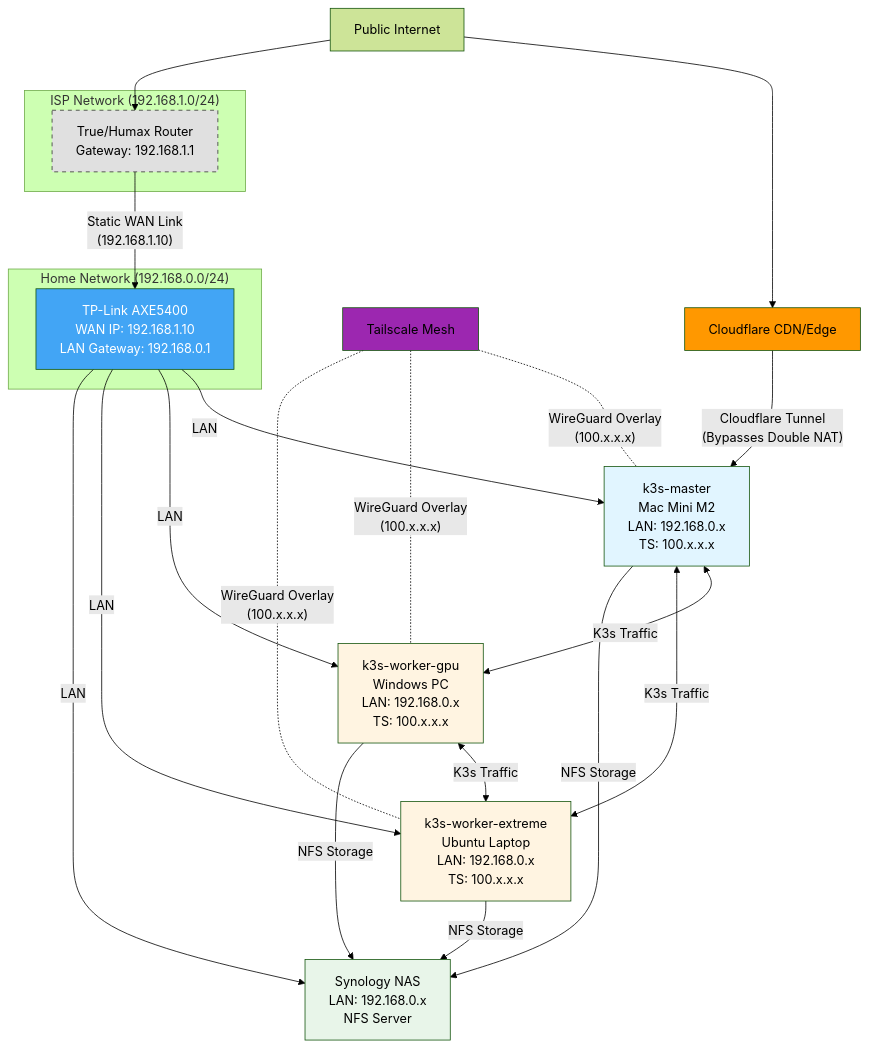
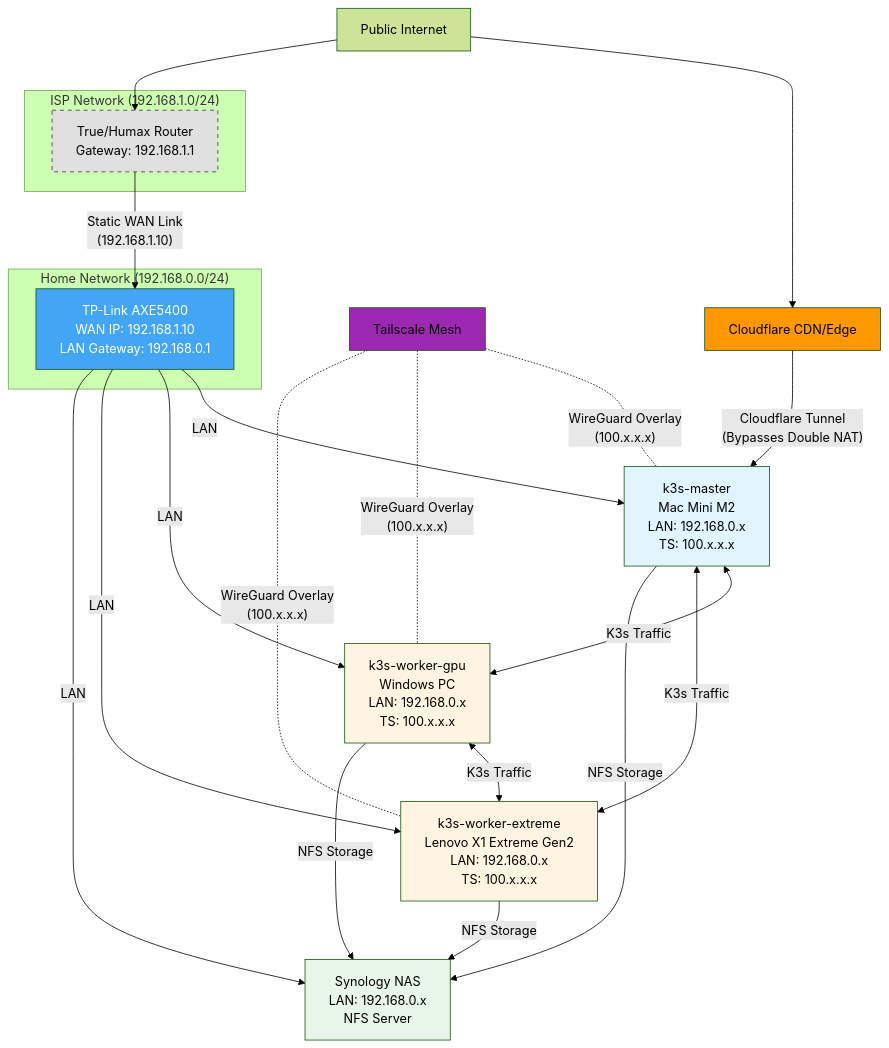
One commit to kanokgan/home-brain changed the second of 3 diagrams in README.md. Above: the diagram before and after it, drawn with Mermaid (forest theme). The commit also changed other lines of this file and 1 other file, not shown here.

Commit message:
docs: update README and runbook to include Lenovo X1 Extreme Gen2 as compute worker and improve clarity

````diff
--- a/README.md
+++ b/README.md
@@ -62,32 +63,32 @@
 ```mermaid
 ---
 config:
   layout: dagre
 ---
 flowchart TB
  subgraph ISP_Layer["ISP Network (192.168.1.0/24)"]
         ISPRouter["True/Humax Router<br>Gateway: 192.168.1.1"]
   end
  subgraph Home_Core["Home Network (192.168.0.0/24)"]
         TPLink["TP-Link AXE5400<br>WAN IP: 192.168.1.10<br>LAN Gateway: 192.168.0.1"]
   end
     Internet["Public Internet"] --> CloudflareCDN["Cloudflare CDN/Edge"] & ISPRouter
     ISPRouter -- "Static WAN Link<br>(192.168.1.10)" --> TPLink
-    TPLink -- LAN --> MasterNode["k3s-master<br>Mac Mini M2<br>LAN: 192.168.0.x<br>TS: 100.x.x.x"] & WorkerGPU["k3s-worker-gpu<br>Windows PC<br>LAN: 192.168.0.x<br>TS: 100.x.x.x"] & WorkerExtreme["k3s-worker-extreme<br>Ubuntu Laptop<br>LAN: 192.168.0.x<br>TS: 100.x.x.x"] & Synology["Synology NAS<br>LAN: 192.168.0.x<br>NFS Server"]
+    TPLink -- LAN --> MasterNode["k3s-master<br>Mac Mini M2<br>LAN: 192.168.0.x<br>TS: 100.x.x.x"] & WorkerGPU["k3s-worker-gpu<br>Windows PC<br>LAN: 192.168.0.x<br>TS: 100.x.x.x"] & WorkerExtreme["k3s-worker-extreme<br>Lenovo X1 Extreme Gen2<br>LAN: 192.168.0.x<br>TS: 100.x.x.x"] & Synology["Synology NAS<br>LAN: 192.168.0.x<br>NFS Server"]
     CloudflareCDN -- Cloudflare Tunnel<br>(Bypasses Double NAT) --> MasterNode
     TailscaleRelay["Tailscale Mesh"] -. "WireGuard Overlay<br>(100.x.x.x)" .- MasterNode & WorkerGPU & WorkerExtreme
     MasterNode <-- K3s Traffic --> WorkerGPU & WorkerExtreme
     WorkerGPU <-- K3s Traffic --> WorkerExtreme
     MasterNode -- NFS Storage --> Synology
     WorkerGPU -- NFS Storage --> Synology
     WorkerExtreme -- NFS Storage --> Synology
 
     style CloudflareCDN fill:#ff9800
     style ISPRouter fill:#e0e0e0,stroke:#333,stroke-dasharray: 5 5
     style TPLink fill:#42a5f5,color:white
     style MasterNode fill:#e1f5ff
     style WorkerGPU fill:#fff4e1
     style WorkerExtreme fill:#fff4e1
     style Synology fill:#e8f5e9
     style TailscaleRelay fill:#9c27b0
 ```
````
